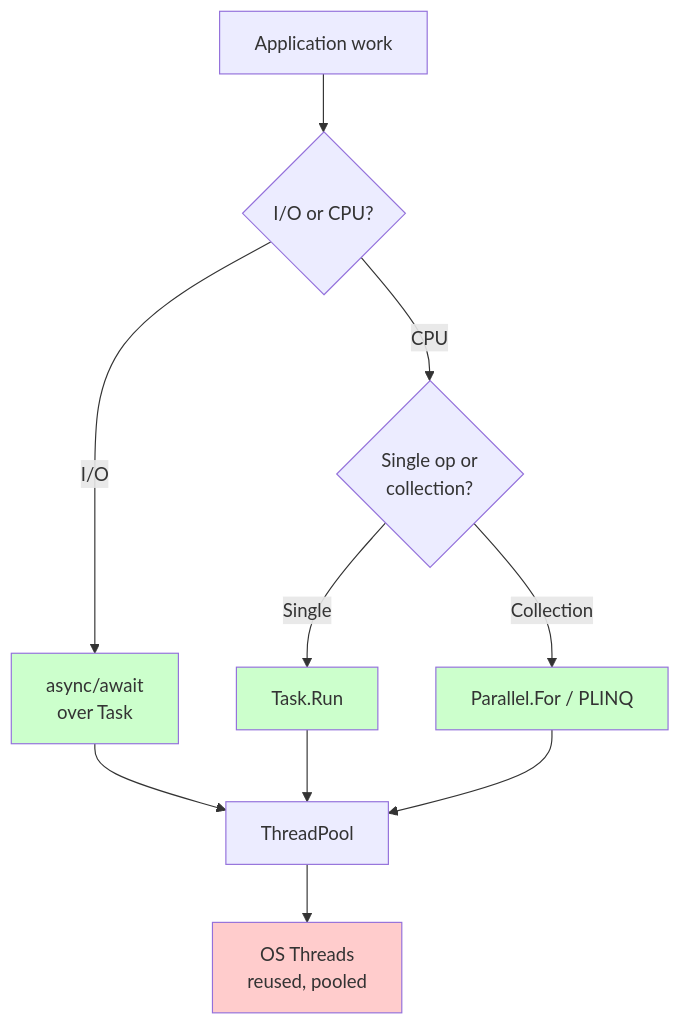
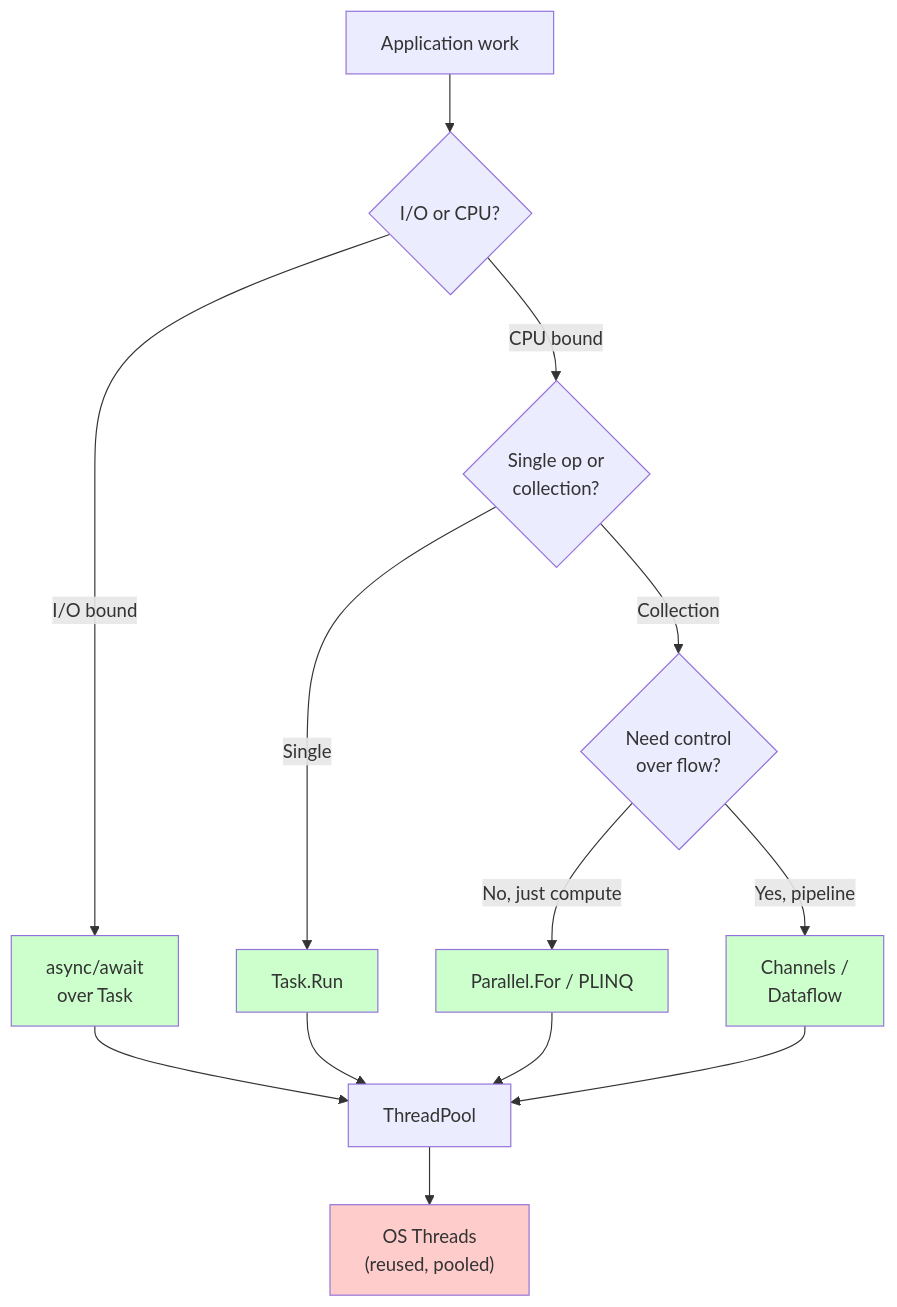
The second of 6 diagrams in Dotnet/02-Intermediate/07 - Threading and Concurrency.md (NgTuanLoc/Dev-Cheatsheet), drawn with Mermaid before and after one commit. The commit also changed other lines of this file and 2 other files, not shown here.

````diff
--- a/Dotnet/02-Intermediate/07 - Threading and Concurrency.md
+++ b/Dotnet/02-Intermediate/07 - Threading and Concurrency.md
@@ -50,19 +88,23 @@
 ```mermaid
 flowchart TB
     A[Application work] --> B{I/O or CPU?}
-    B -->|I/O| C[async/await<br/>over Task]
-    B -->|CPU| D{Single op or<br/>collection?}
+    B -->|I/O bound| C[async/await<br/>over Task]
+    B -->|CPU bound| D{Single op or<br/>collection?}
     D -->|Single| E[Task.Run]
-    D -->|Collection| F[Parallel.For / PLINQ]
+    D -->|Collection| F{Need control<br/>over flow?}
+    F -->|No, just compute| G[Parallel.For / PLINQ]
+    F -->|Yes, pipeline| H[Channels /<br/>Dataflow]
 
-    C --> G[ThreadPool]
-    E --> G
-    F --> G
+    C --> P[ThreadPool]
+    E --> P
+    G --> P
+    H --> P
 
-    G --> H[OS Threads<br/>reused, pooled]
+    P --> OS["OS Threads<br/>(reused, pooled)"]
 
     style C fill:#cfc
     style E fill:#cfc
-    style F fill:#cfc
-    style H fill:#fcc
+    style G fill:#cfc
+    style H fill:#cfc
+    style OS fill:#fcc
 ```
````
